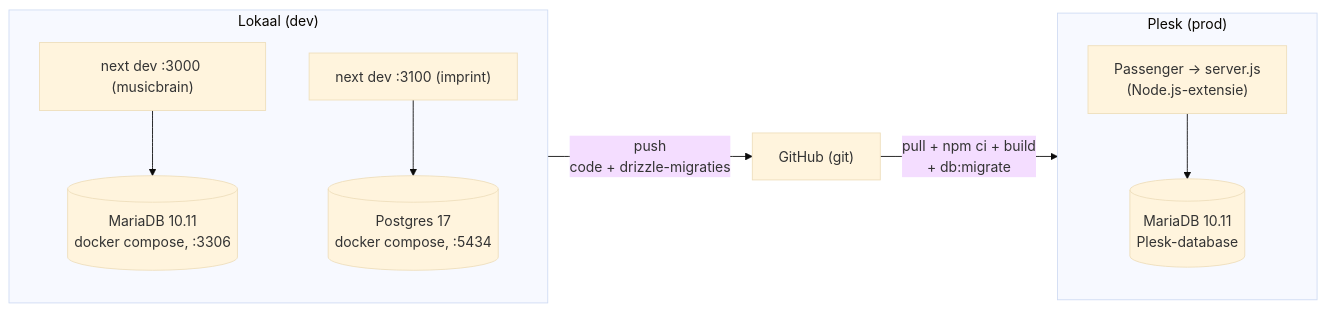
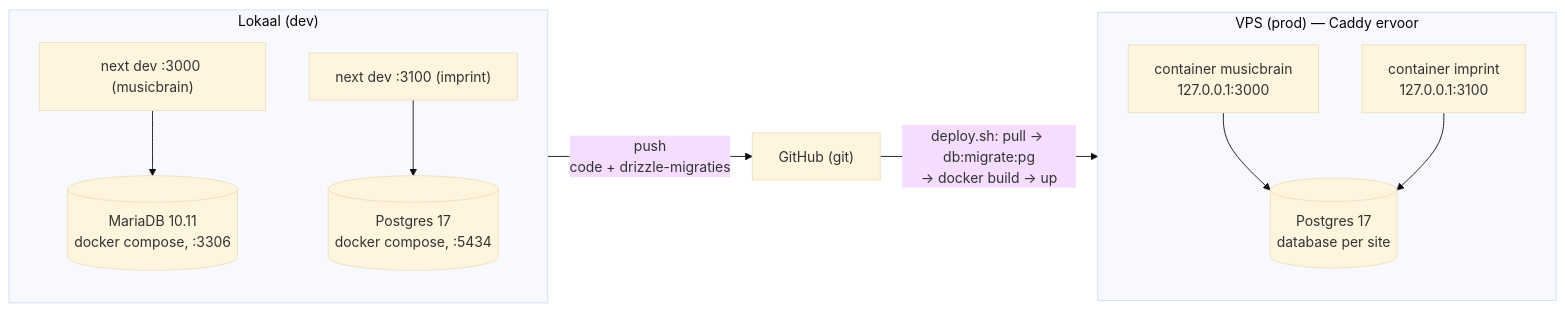
Before and after one commit to MarkWestbroek/imprint-engine: the tenth of 12 diagrams in docs/architecture.md, drawn with Mermaid (base theme). The commit also changed other lines of this file and 18 other files, not shown here.

First line of the commit message:
feat: deploy op de VPS — container-image per site, Postgres, deploy-scripts

````diff
--- a/docs/architecture.md
+++ b/docs/architecture.md
@@ -779,13 +779,14 @@
 ```mermaid
 flowchart LR
     subgraph dev["Lokaal (dev)"]
         NX["next dev :3000 (musicbrain)"] --> MDBL[("MariaDB 10.11<br/>docker compose, :3306")]
         NXI["next dev :3100 (imprint)"] --> PGL[("Postgres 17<br/>docker compose, :5434")]
     end
-    subgraph plesk["Plesk (prod)"]
-        PSG["Passenger → server.js<br/>(Node.js-extensie)"] --> MDBP[("MariaDB 10.11<br/>Plesk-database")]
+    subgraph vps["VPS (prod) — Caddy ervoor"]
+        CMB["container musicbrain<br/>127.0.0.1:3000"] --> PGP[("Postgres 17<br/>database per site")]
+        CIM["container imprint<br/>127.0.0.1:3100"] --> PGP
     end
     GH["GitHub (git)"]
     dev -- "push<br/>code + drizzle-migraties" --> GH
-    GH -- "pull + npm ci + build<br/>+ db:migrate" --> plesk
+    GH -- "deploy.sh: pull → db:migrate:pg<br/>→ docker build → up" --> vps
 ```
````
